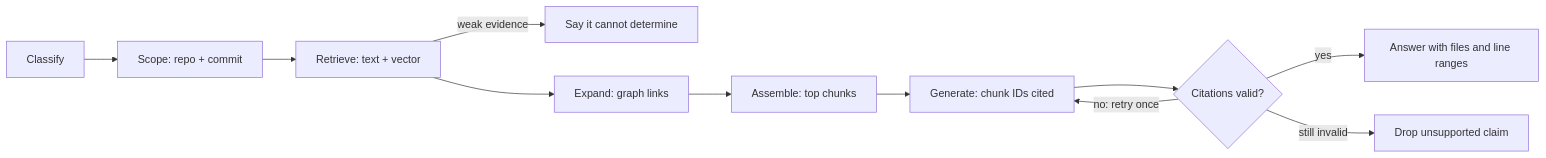
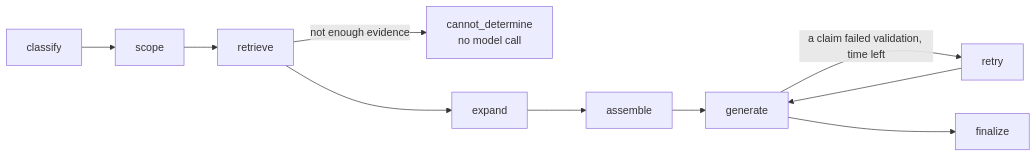
The third of 5 diagrams in docs/ARCHITECTURE.md (SuyashMuley/Codebase-Intelligence), drawn with Mermaid before and after one commit. The commit also changed other lines of this file and 40 other files, not shown here.

````diff
--- a/docs/ARCHITECTURE.md
+++ b/docs/ARCHITECTURE.md
@@ -123,13 +123,12 @@
 ```mermaid
 flowchart LR
-    A[Classify] --> B[Scope: repo + commit]
-    B --> C[Retrieve: text + vector]
-    C -->|weak evidence| X["Say it cannot determine"]
-    C --> D[Expand: graph links]
-    D --> E[Assemble: top chunks]
-    E --> F[Generate: chunk IDs cited]
-    F --> V{Citations valid?}
-    V -->|yes| OK["Answer with files and line ranges"]
-    V -->|"no: retry once"| F
-    V -->|"still invalid"| DROP["Drop unsupported claim"]
+    A[classify] --> B[scope]
+    B --> C[retrieve]
+    C -->|not enough evidence| X["cannot_determine<br/>no model call"]
+    C --> D[expand]
+    D --> E[assemble]
+    E --> F[generate]
+    F -->|"a claim failed validation, time left"| R[retry]
+    R --> F
+    F --> Z[finalize]
 ```
````
